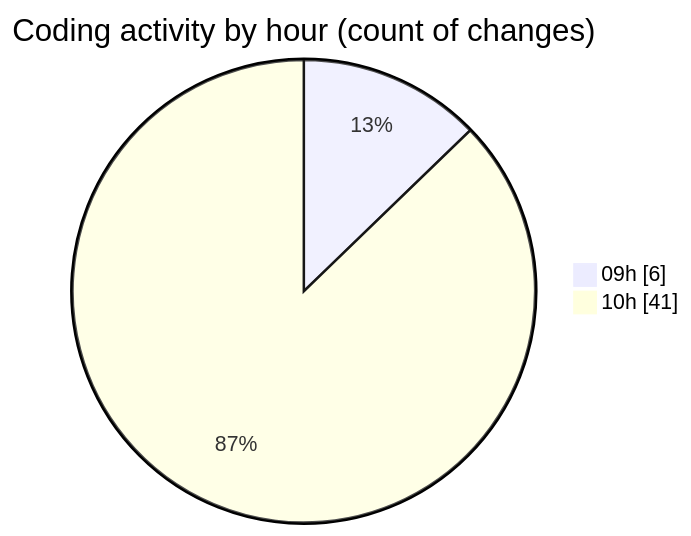
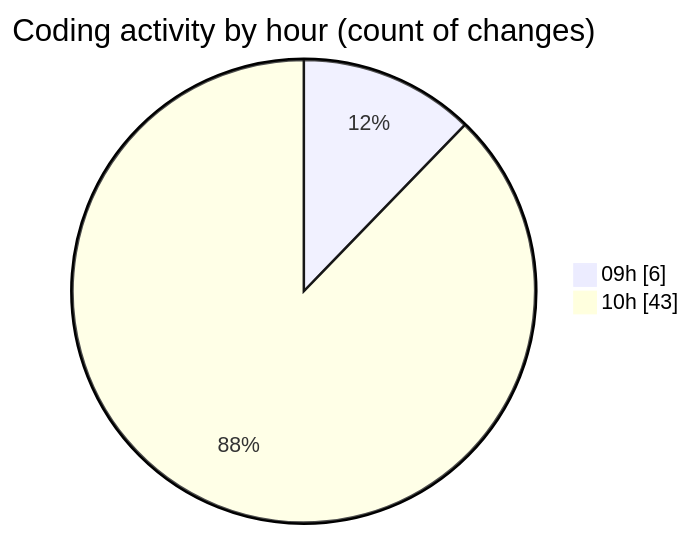
One commit to momahboobian/code-tracking changed the second of 2 diagrams in 2026-02-10/cda/README.md. Above: the diagram before and after it, drawn with Mermaid. The commit also changed other lines of this file and 1 other file, not shown here.

````diff
--- a/2026-02-10/cda/README.md
+++ b/2026-02-10/cda/README.md
@@ -41,6 +41,6 @@
 ```mermaid
 pie showData
 title Coding activity by hour (count of changes)
 "09h" : 6
-"10h" : 41
+"10h" : 43
 ```
````
